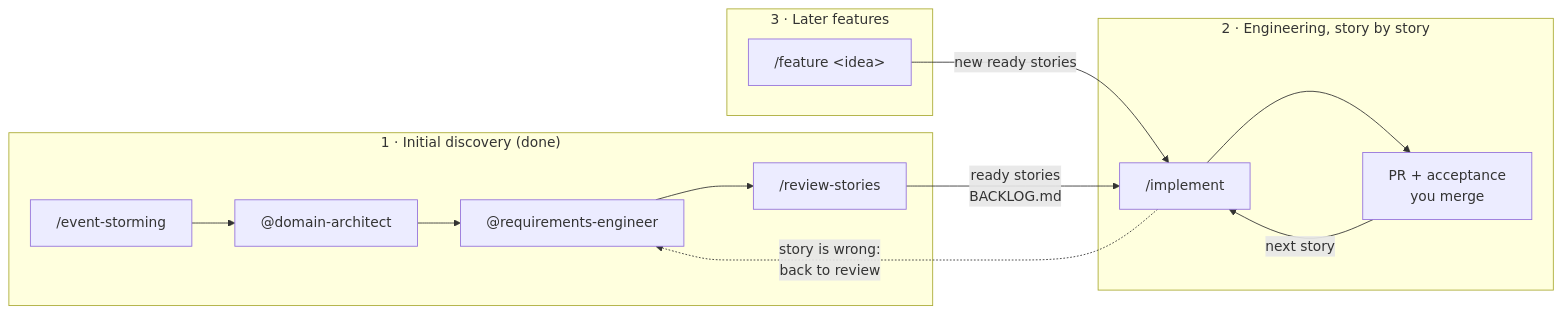
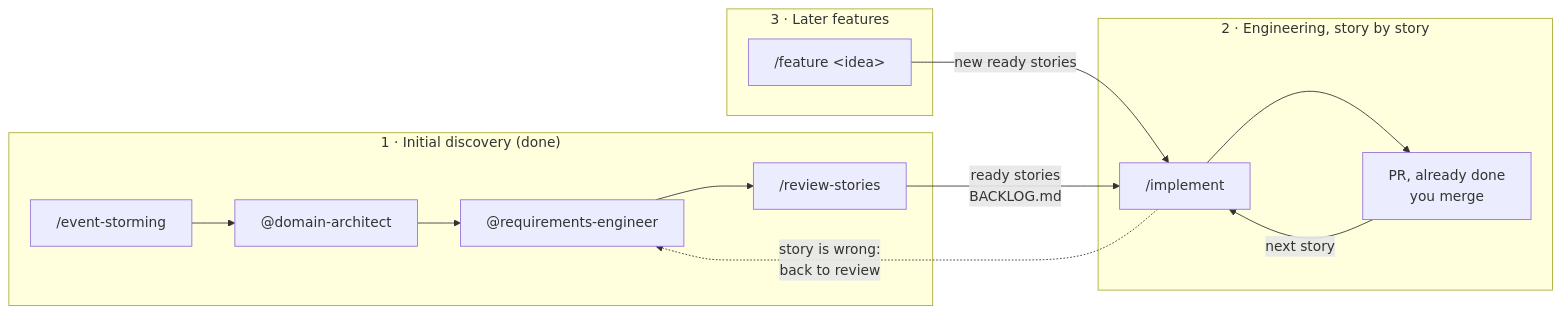
The diagram in README.md (hemi1986/laguardia), drawn with Mermaid before and after one commit. The commit also changed other lines of this file and 3 other files, not shown here.

Commit message:
Workflow: the acceptance tester accepts the story, it is done in the pull request, the user only merges

````diff
--- a/README.md
+++ b/README.md
@@ -37,16 +37,16 @@
 ```mermaid
 flowchart LR
     subgraph D["1 · Initial discovery (done)"]
         ES["/event-storming"] --> DA["@domain-architect"] --> RE["@requirements-engineer"] --> RS["/review-stories"]
     end
     subgraph E["2 · Engineering, story by story"]
-        IM["/implement"] --> PR["PR + acceptance<br/>you merge"]
+        IM["/implement"] --> PR["PR, already done<br/>you merge"]
         PR -->|next story| IM
     end
     subgraph F["3 · Later features"]
         FE["/feature &lt;idea&gt;"]
     end
     RS -->|ready stories<br/>BACKLOG.md| IM
     FE -->|new ready stories| IM
     IM -.->|story is wrong:<br/>back to review| RE
 ```
````
